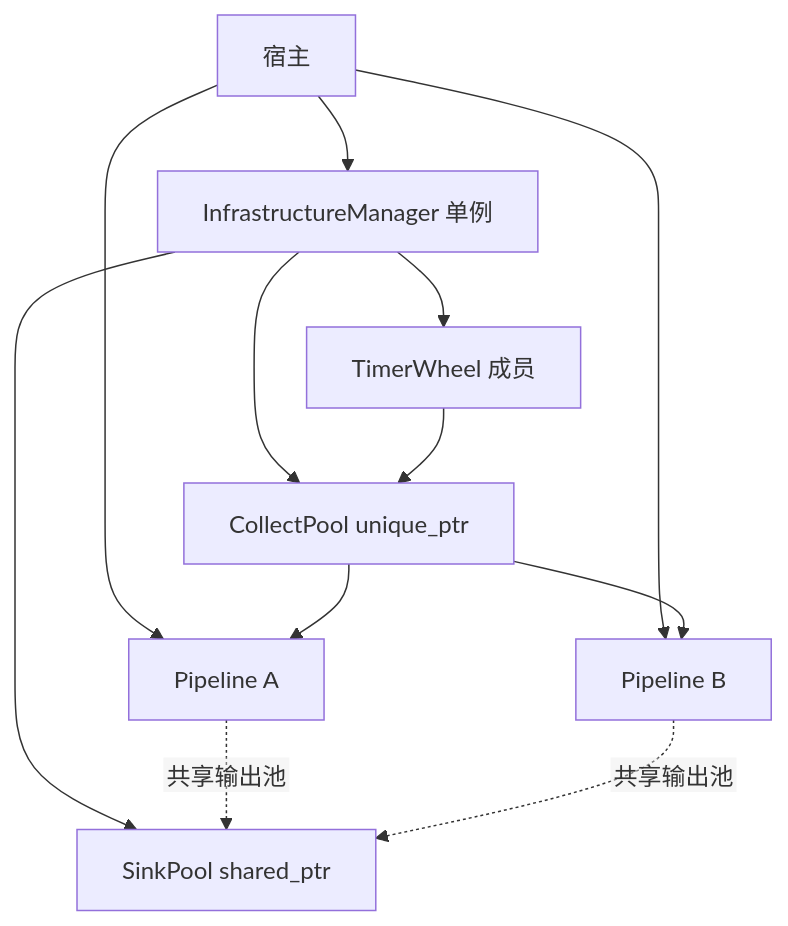
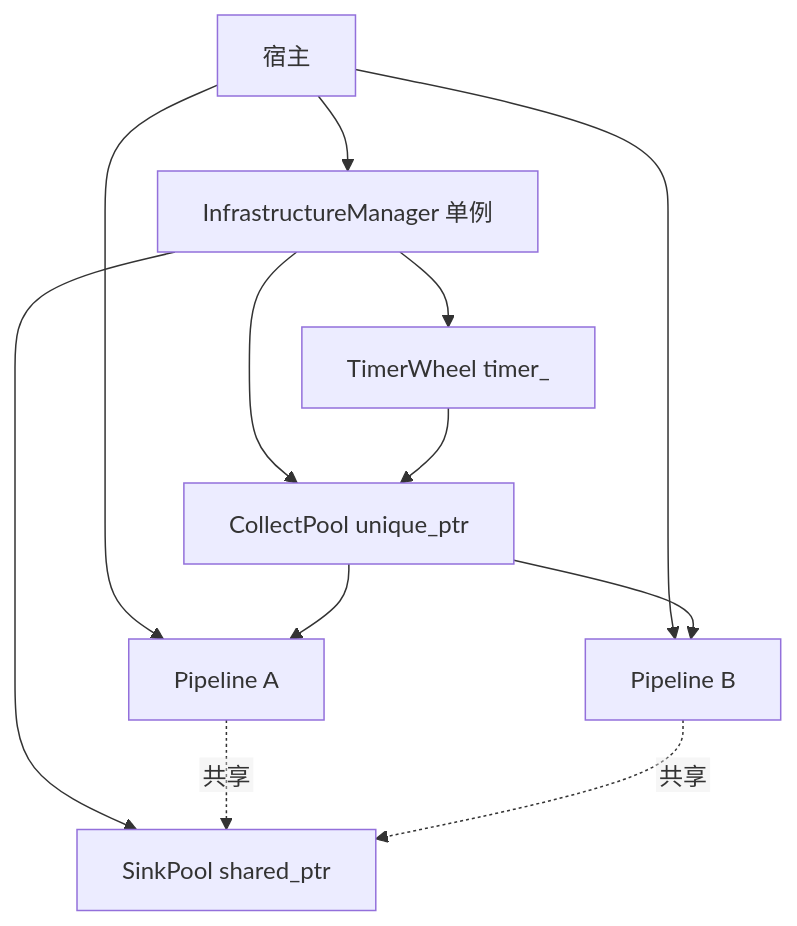
One commit to Franch-Toast/Scriptorium changed the first of 4 diagrams in docs/document/撰修司/illuminator性能监控平台/设计方案/06-scheduling-and-observability.md. Above: the diagram before and after it, drawn with Mermaid. The commit also changed other lines of this file and 20 other files, not shown here.

````diff
--- a/docs/document/撰修司/illuminator性能监控平台/设计方案/06-scheduling-and-observability.md
+++ b/docs/document/撰修司/illuminator性能监控平台/设计方案/06-scheduling-and-observability.md
@@ -19,15 +21,15 @@
 ```mermaid
 %%{init: {"flowchart":{"useMaxWidth":false,"htmlLabels":false}}}%%
 flowchart TB
-    H[宿主] --> I[InfrastructureManager 单例]
-    I --> T[TimerWheel 成员]
-    I --> C[CollectPool unique_ptr]
-    I --> S[SinkPool shared_ptr]
-    H --> P1[Pipeline A]
-    H --> P2[Pipeline B]
-    P1 -.共享输出池.-> S
-    P2 -.共享输出池.-> S
+    H["宿主"] --> I["InfrastructureManager 单例"]
+    I --> T["TimerWheel timer_"]
+    I --> C["CollectPool unique_ptr"]
+    I --> S["SinkPool shared_ptr"]
+    H --> P1["Pipeline A"]
+    H --> P2["Pipeline B"]
+    P1 -.共享.-> S
+    P2 -.共享.-> S
     T --> C
     C --> P1
     C --> P2
 ```
````
